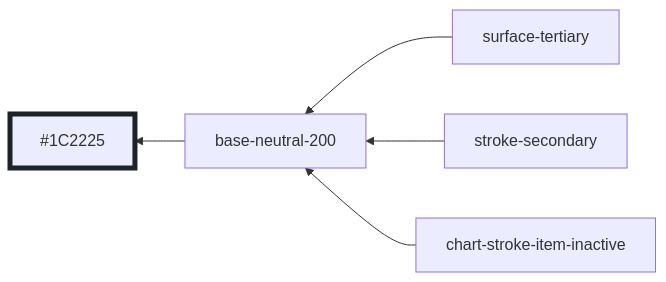
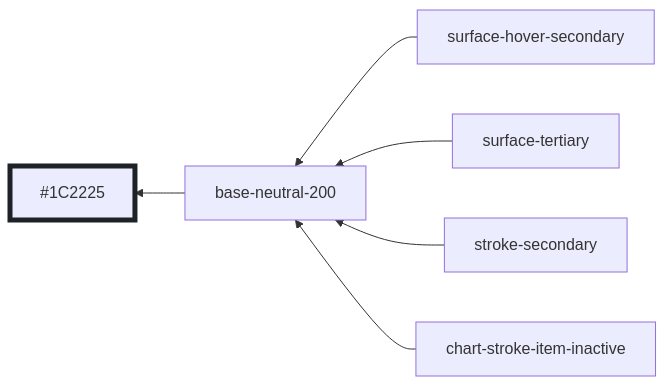
Diagram 44 of 51 in styles/dist/blue.md (oxidecomputer/design-system), drawn with Mermaid before and after one commit. The commit also changed 8 other files, not shown here.

````diff
--- a/styles/dist/blue.md
+++ b/styles/dist/blue.md
@@ -512,9 +512,10 @@
 ```mermaid
 graph RL
   base-neutral-200 --> #1C2225:::base-neutral-200
+  surface-hover-secondary --> base-neutral-200
   surface-tertiary --> base-neutral-200
   stroke-secondary --> base-neutral-200
   chart-stroke-item-inactive --> base-neutral-200
 
 	classDef base-neutral-200 stroke-width:5,stroke:#1C2225
 ```
````
